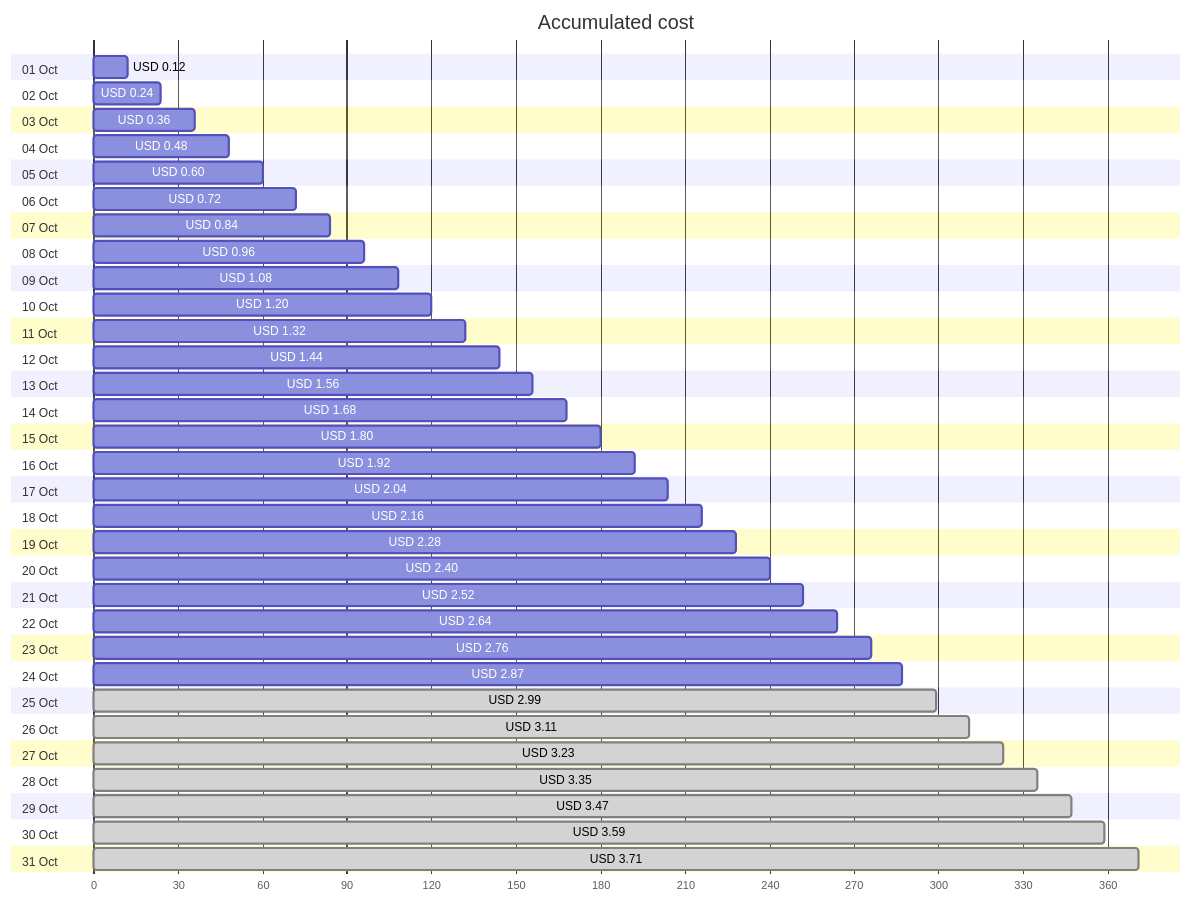
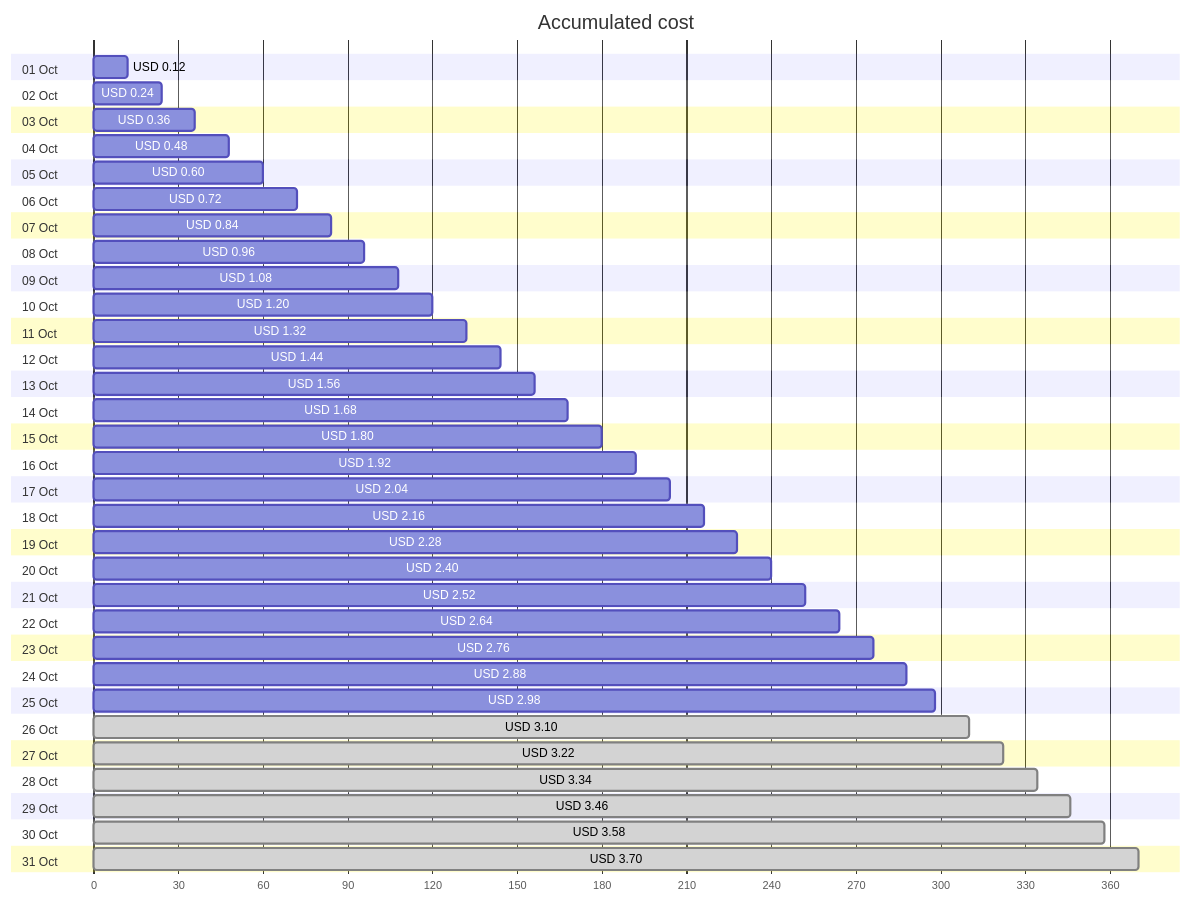
One commit to jpfulton/azure-personal-reports changed the first of 4 diagrams in cost-reports/personal-network/backup-server-public-ip.md. Above: the diagram before and after it, drawn with Mermaid. The commit also changed other lines of this file and 7 other files, not shown here.

````diff
--- a/cost-reports/personal-network/backup-server-public-ip.md
+++ b/cost-reports/personal-network/backup-server-public-ip.md
@@ -20,68 +20,68 @@
 ```mermaid
 gantt
    title Accumulated cost
    dateFormat  X
    axisFormat %s
    section 01 Oct
    USD 0.12 :0, 12
    section 02 Oct
    USD 0.24 :0, 24
    section 03 Oct
    USD 0.36 :0, 36
    section 04 Oct
    USD 0.48 :0, 48
    section 05 Oct
    USD 0.60 :0, 60
    section 06 Oct
    USD 0.72 :0, 72
    section 07 Oct
    USD 0.84 :0, 84
    section 08 Oct
    USD 0.96 :0, 96
    section 09 Oct
    USD 1.08 :0, 108
    section 10 Oct
    USD 1.20 :0, 120
    section 11 Oct
    USD 1.32 :0, 132
    section 12 Oct
    USD 1.44 :0, 144
    section 13 Oct
    USD 1.56 :0, 156
    section 14 Oct
    USD 1.68 :0, 168
    section 15 Oct
    USD 1.80 :0, 180
    section 16 Oct
    USD 1.92 :0, 192
    section 17 Oct
    USD 2.04 :0, 204
    section 18 Oct
    USD 2.16 :0, 216
    section 19 Oct
    USD 2.28 :0, 228
    section 20 Oct
    USD 2.40 :0, 240
    section 21 Oct
    USD 2.52 :0, 252
    section 22 Oct
    USD 2.64 :0, 264
    section 23 Oct
    USD 2.76 :0, 276
    section 24 Oct
-   USD 2.87 :0, 287
+   USD 2.88 :0, 288
    section 25 Oct
-   USD 2.99 : done, 0, 299
+   USD 2.98 :0, 298
    section 26 Oct
-   USD 3.11 : done, 0, 311
+   USD 3.10 : done, 0, 310
    section 27 Oct
-   USD 3.23 : done, 0, 323
+   USD 3.22 : done, 0, 322
    section 28 Oct
-   USD 3.35 : done, 0, 335
+   USD 3.34 : done, 0, 334
    section 29 Oct
-   USD 3.47 : done, 0, 347
+   USD 3.46 : done, 0, 346
    section 30 Oct
-   USD 3.59 : done, 0, 359
+   USD 3.58 : done, 0, 358
    section 31 Oct
-   USD 3.71 : done, 0, 371
+   USD 3.70 : done, 0, 370
 ```
````
